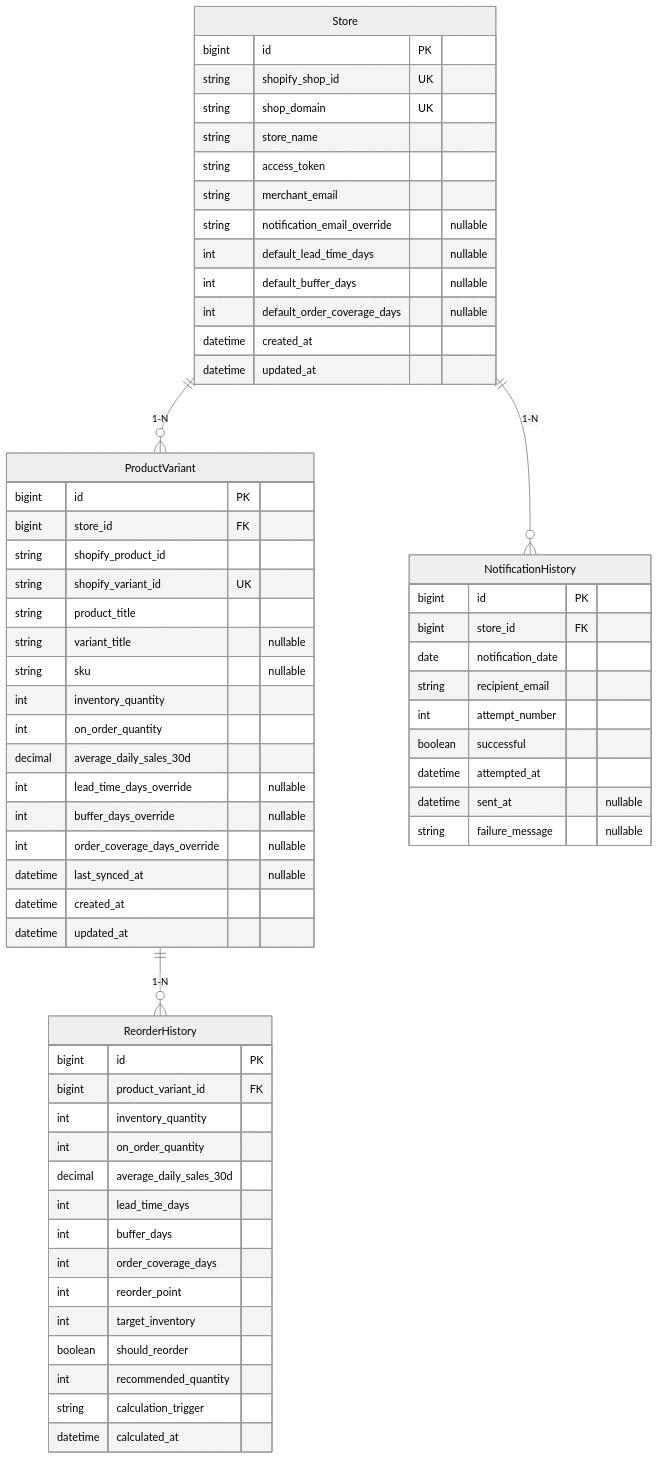
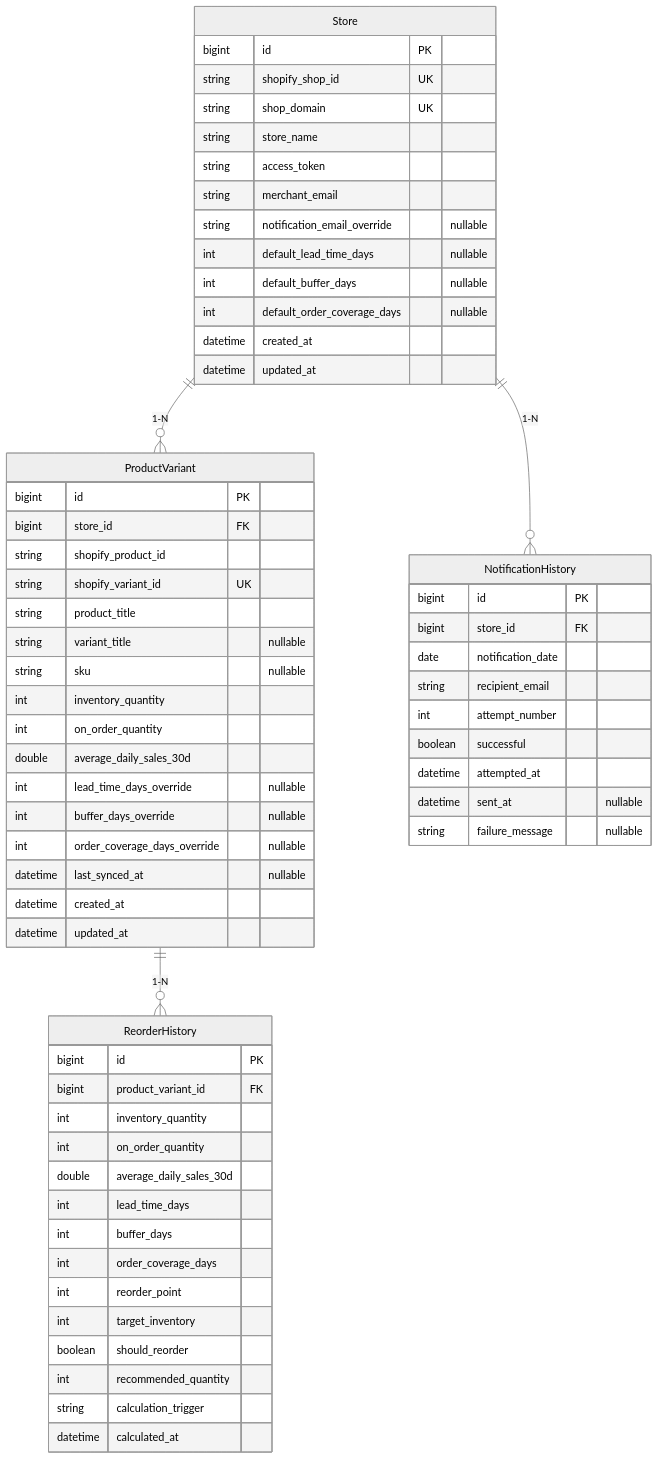
One commit to bravemeow/reorderkit changed the diagram in docs/erd.md. Above: the diagram before and after it, drawn with Mermaid (neutral theme). The commit also changed 40 other files, not shown here.

````diff
--- a/docs/erd.md
+++ b/docs/erd.md
@@ -1,69 +1,69 @@
 ```mermaid
 erDiagram
     Store ||--o{ ProductVariant : "1-N"
     Store ||--o{ NotificationHistory : "1-N"
     ProductVariant ||--o{ ReorderHistory : "1-N"
     
     Store {
         bigint id PK
         string shopify_shop_id UK
         string shop_domain UK
         string store_name
         string access_token
         string merchant_email
         string notification_email_override "nullable"
         int default_lead_time_days "nullable"
         int default_buffer_days "nullable"
         int default_order_coverage_days "nullable"
         datetime created_at
         datetime updated_at
     }
 
     ProductVariant {
         bigint id PK
         bigint store_id FK
         string shopify_product_id
         string shopify_variant_id UK
         string product_title
         string variant_title "nullable"
         string sku "nullable"
         int inventory_quantity
         int on_order_quantity
-        decimal average_daily_sales_30d
+        double average_daily_sales_30d
         int lead_time_days_override "nullable"
         int buffer_days_override "nullable"
         int order_coverage_days_override "nullable"
         datetime last_synced_at "nullable"
         datetime created_at
         datetime updated_at
     }
 
     ReorderHistory {
         bigint id PK
         bigint product_variant_id FK
         int inventory_quantity
         int on_order_quantity
-        decimal average_daily_sales_30d
+        double average_daily_sales_30d
         int lead_time_days
         int buffer_days
         int order_coverage_days
         int reorder_point
         int target_inventory
         boolean should_reorder
         int recommended_quantity
         string calculation_trigger
         datetime calculated_at
     }
 
     NotificationHistory {
         bigint id PK
         bigint store_id FK
         date notification_date
         string recipient_email
         int attempt_number
         boolean successful
         datetime attempted_at
         datetime sent_at "nullable"
         string failure_message "nullable"
     }
 ```
````
